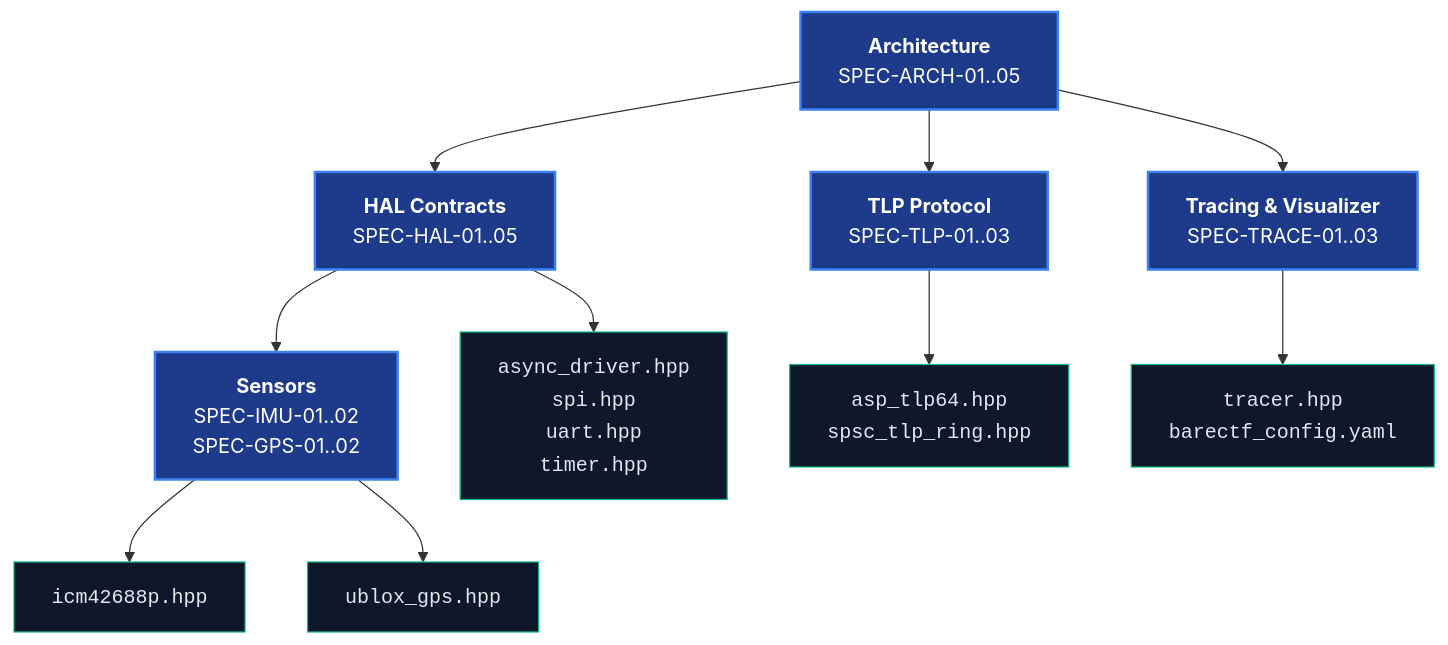
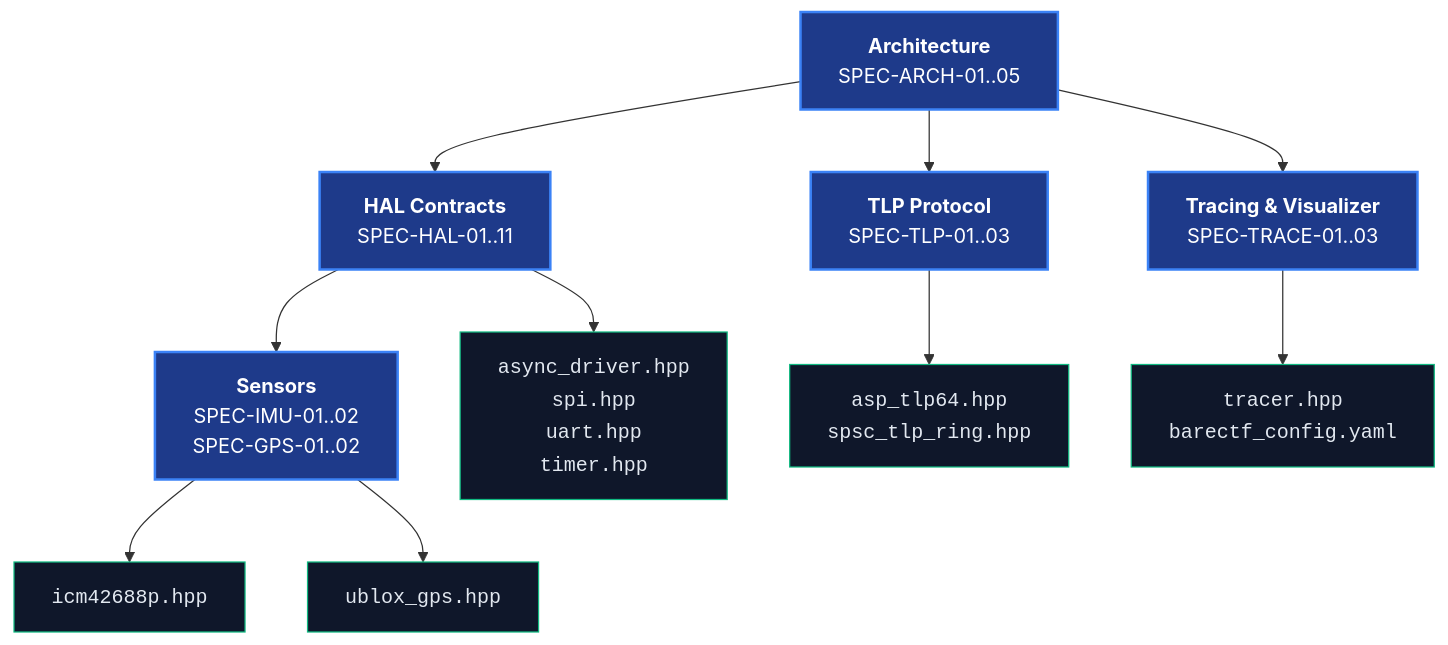
The diagram in docs/DESIGN_SPECIFICATION.md (tcmichals/AbstractX), drawn with Mermaid before and after one commit. The commit also changed other lines of this file and 13 other files, not shown here.

````diff
--- a/docs/DESIGN_SPECIFICATION.md
+++ b/docs/DESIGN_SPECIFICATION.md
@@ -358,18 +539,18 @@
 ```mermaid
 graph TD
-    SPEC_ARCH["<b>Architecture</b><br/>SPEC-ARCH-01..05"] --> SPEC_HAL["<b>HAL Contracts</b><br/>SPEC-HAL-01..05"]
+    SPEC_ARCH["<b>Architecture</b><br/>SPEC-ARCH-01..05"] --> SPEC_HAL["<b>HAL Contracts</b><br/>SPEC-HAL-01..11"]
     SPEC_ARCH --> SPEC_TLP["<b>TLP Protocol</b><br/>SPEC-TLP-01..03"]
     SPEC_HAL --> SPEC_SENSORS["<b>Sensors</b><br/>SPEC-IMU-01..02<br/>SPEC-GPS-01..02"]
     SPEC_ARCH --> SPEC_TRACE["<b>Tracing & Visualizer</b><br/>SPEC-TRACE-01..03"]
     
     SPEC_SENSORS --> CODE_IMU["<code>icm42688p.hpp</code>"]
     SPEC_SENSORS --> CODE_GPS["<code>ublox_gps.hpp</code>"]
     SPEC_HAL --> CODE_HAL["<code>async_driver.hpp</code><br/><code>spi.hpp</code><br/><code>uart.hpp</code><br/><code>timer.hpp</code>"]
     SPEC_TLP --> CODE_TLP["<code>asp_tlp64.hpp</code><br/><code>spsc_tlp_ring.hpp</code>"]
     SPEC_TRACE --> CODE_TRACE["<code>tracer.hpp</code><br/><code>barectf_config.yaml</code>"]
     
     classDef specBox fill:#1e3a8a,stroke:#3b82f6,stroke-width:2px,color:#ffffff;
     classDef codeBox fill:#0f172a,stroke:#10b981,stroke-width:1px,color:#e2e8f0;
     class SPEC_ARCH,SPEC_HAL,SPEC_TLP,SPEC_SENSORS,SPEC_TRACE specBox;
     class CODE_IMU,CODE_GPS,CODE_HAL,CODE_TLP,CODE_TRACE codeBox;
 ```
````
